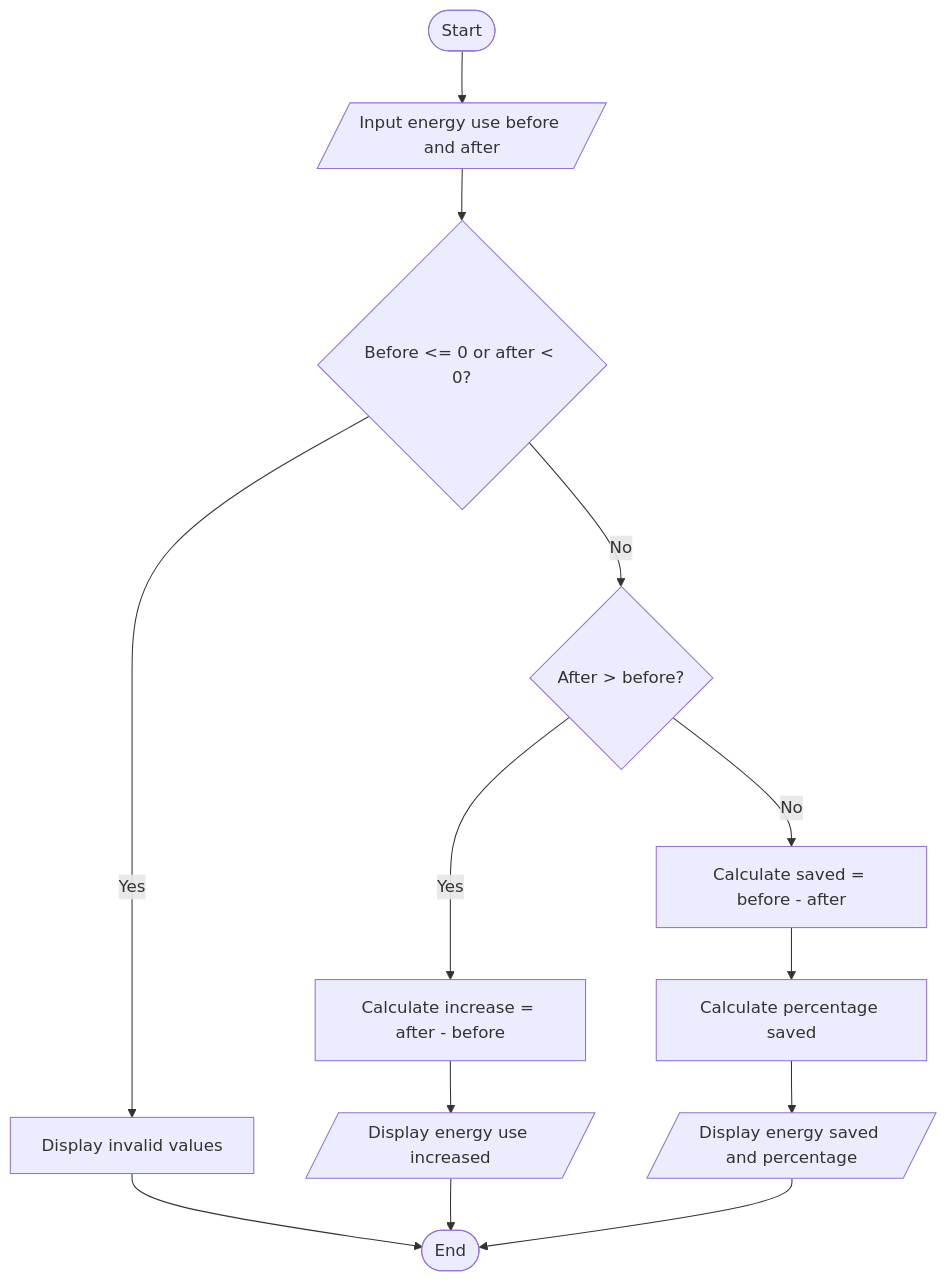
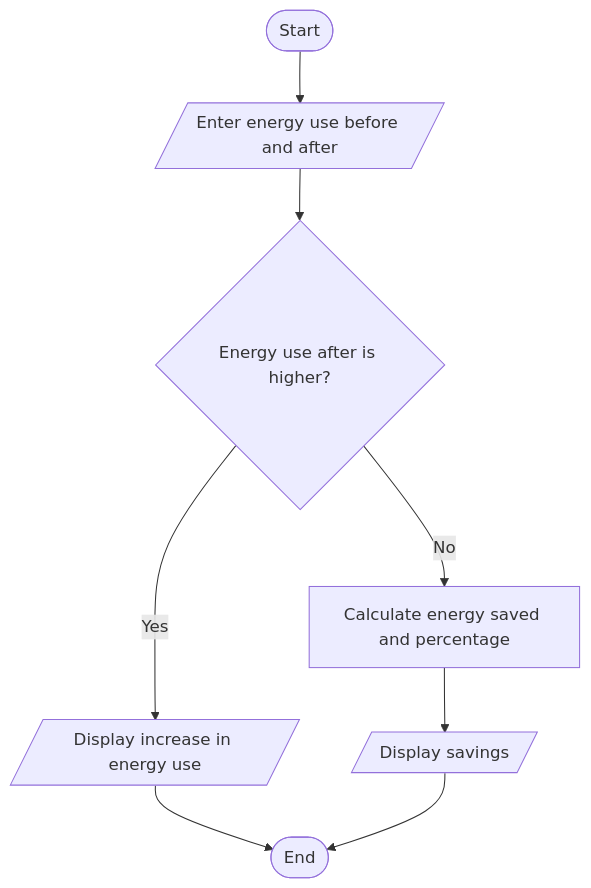
Before and after one commit to AmulyaShaineyCh/ABL-PYTHON: the diagram in 08_Energy_Savings_Analysis/flowchart.md, drawn with Mermaid. The commit also changed other lines of this file, not shown here.

Commit message:
Simplify diagrammatic flowchart for project 8

````diff
--- a/08_Energy_Savings_Analysis/flowchart.md
+++ b/08_Energy_Savings_Analysis/flowchart.md
@@ -3,15 +3,10 @@
 ```mermaid
 flowchart TD
-    A([Start]) --> B[/Input energy use before and after/]
-    B --> C{Before <= 0 or after < 0?}
-    C -- Yes --> D[Display invalid values]
-    D --> Z([End])
-    C -- No --> E{After > before?}
-    E -- Yes --> F[Calculate increase = after - before]
-    F --> G[/Display energy use increased/]
-    G --> Z
-    E -- No --> H[Calculate saved = before - after]
-    H --> I[Calculate percentage saved]
-    I --> J[/Display energy saved and percentage/]
-    J --> Z
+ A([Start]) --> B[/Enter energy use before and after/]
+ B --> C{Energy use after is higher?}
+ C -- Yes --> D[/Display increase in energy use/]
+ C -- No --> E[Calculate energy saved and percentage]
+ E --> F[/Display savings/]
+ D --> G([End])
+ F --> G
 ```
````
